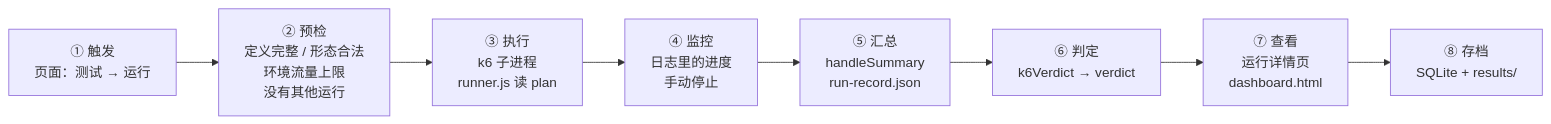
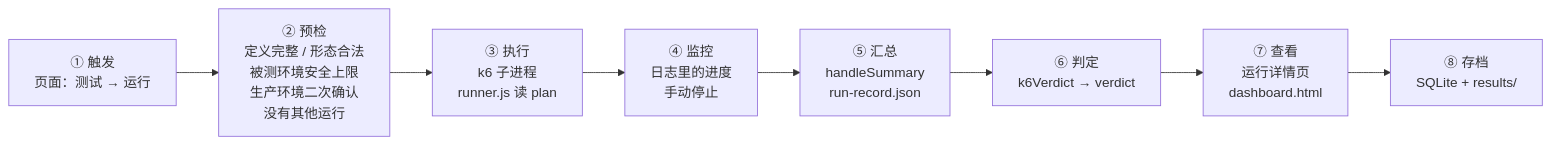
Before and after one commit to Leibiner/AI-Performance-Engineering: the second of 8 diagrams in docs/ARCHITECTURE.md, drawn with Mermaid. The commit also changed other lines of this file and 32 other files, not shown here.

````diff
--- a/docs/ARCHITECTURE.md
+++ b/docs/ARCHITECTURE.md
@@ -170,10 +163,10 @@
 ```mermaid
 flowchart LR
-    T["① 触发<br/>页面：测试 → 运行"] --> P["② 预检<br/>定义完整 / 形态合法<br/>环境流量上限<br/>没有其他运行"]
+    T["① 触发<br/>页面：测试 → 运行"] --> P["② 预检<br/>定义完整 / 形态合法<br/>被测环境安全上限<br/>生产环境二次确认<br/>没有其他运行"]
     P --> E["③ 执行<br/>k6 子进程<br/>runner.js 读 plan"]
     E --> M["④ 监控<br/>日志里的进度<br/>手动停止"]
     M --> C["⑤ 汇总<br/>handleSummary<br/>run-record.json"]
     C --> V["⑥ 判定<br/>k6Verdict → verdict"]
     V --> R["⑦ 查看<br/>运行详情页<br/>dashboard.html"]
     R --> A["⑧ 存档<br/>SQLite + results/"]
 ```
````
